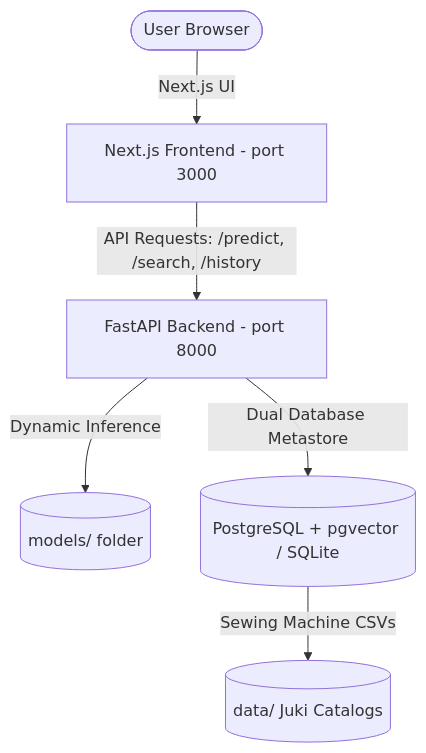
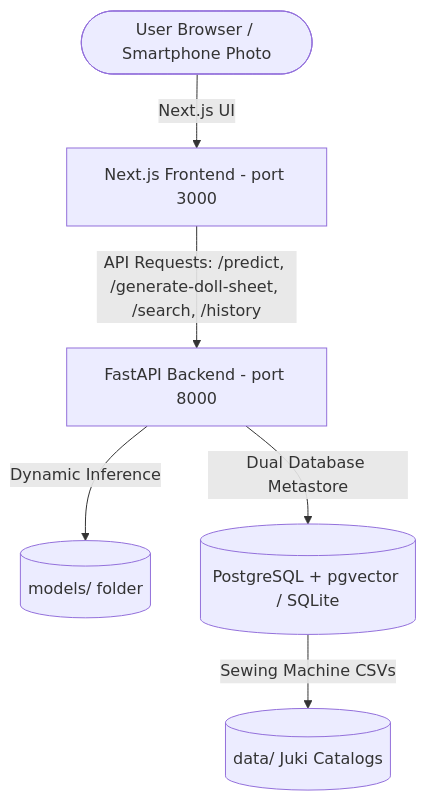
The diagram in docs/ARCHITECTURE.md (SapiOwO/FashionFlowAI), drawn with Mermaid before and after one commit. The commit also changed other lines of this file and 8 other files, not shown here.

````diff
--- a/docs/ARCHITECTURE.md
+++ b/docs/ARCHITECTURE.md
@@ -9,8 +9,8 @@
 ```mermaid
 graph TD
-    User([User Browser]) -->|Next.js UI| NextJS[Next.js Frontend - port 3000]
-    NextJS -->|API Requests: /predict, /search, /history| FastAPI[FastAPI Backend - port 8000]
+    User([User Browser / Smartphone Photo]) -->|Next.js UI| NextJS[Next.js Frontend - port 3000]
+    NextJS -->|API Requests: /predict, /generate-doll-sheet, /search, /history| FastAPI[FastAPI Backend - port 8000]
     FastAPI -->|Dynamic Inference| ModelsDir[(models/ folder)]
     FastAPI -->|Dual Database Metastore| DB[(PostgreSQL + pgvector / SQLite)]
     DB -->|Sewing Machine CSVs| CSVs[(data/ Juki Catalogs)]
 ```
````
